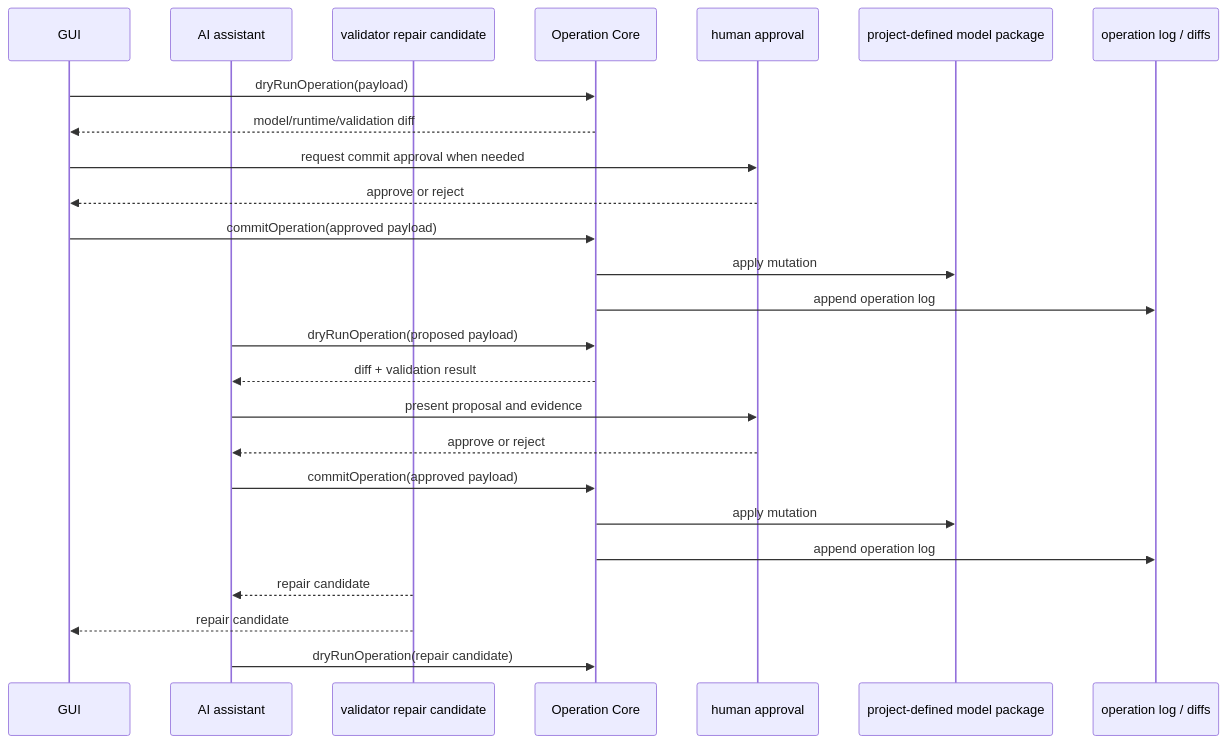
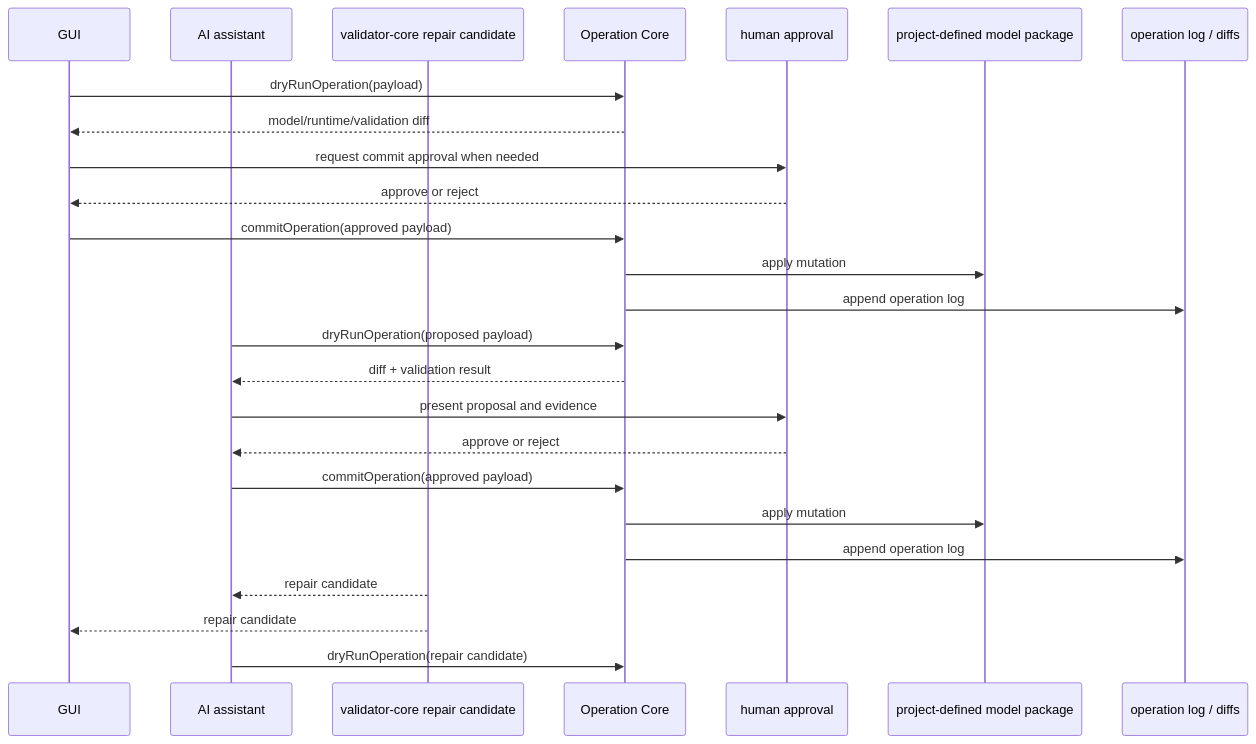
One commit to remie-code/2d-rigging-lab changed the third of 3 diagrams in discussion/development_convention/module-boundary-policy.md. Above: the diagram before and after it, drawn with Mermaid. The commit also changed other lines of this file and 41 other files, not shown here.

````diff
--- a/discussion/development_convention/module-boundary-policy.md
+++ b/discussion/development_convention/module-boundary-policy.md
@@ -343,30 +343,30 @@
 ```mermaid
 sequenceDiagram
   participant GUI
   participant AI as AI assistant
-  participant Validator as validator repair candidate
+  participant Validator as validator-core repair candidate
   participant Operation as Operation Core
   participant Human as human approval
   participant Package as project-defined model package
   participant Evidence as operation log / diffs
 
   GUI->>Operation: dryRunOperation(payload)
   Operation-->>GUI: model/runtime/validation diff
   GUI->>Human: request commit approval when needed
   Human-->>GUI: approve or reject
   GUI->>Operation: commitOperation(approved payload)
   Operation->>Package: apply mutation
   Operation->>Evidence: append operation log
 
   AI->>Operation: dryRunOperation(proposed payload)
   Operation-->>AI: diff + validation result
   AI->>Human: present proposal and evidence
   Human-->>AI: approve or reject
   AI->>Operation: commitOperation(approved payload)
   Operation->>Package: apply mutation
   Operation->>Evidence: append operation log
 
   Validator-->>AI: repair candidate
   Validator-->>GUI: repair candidate
   AI->>Operation: dryRunOperation(repair candidate)
 ```
````
